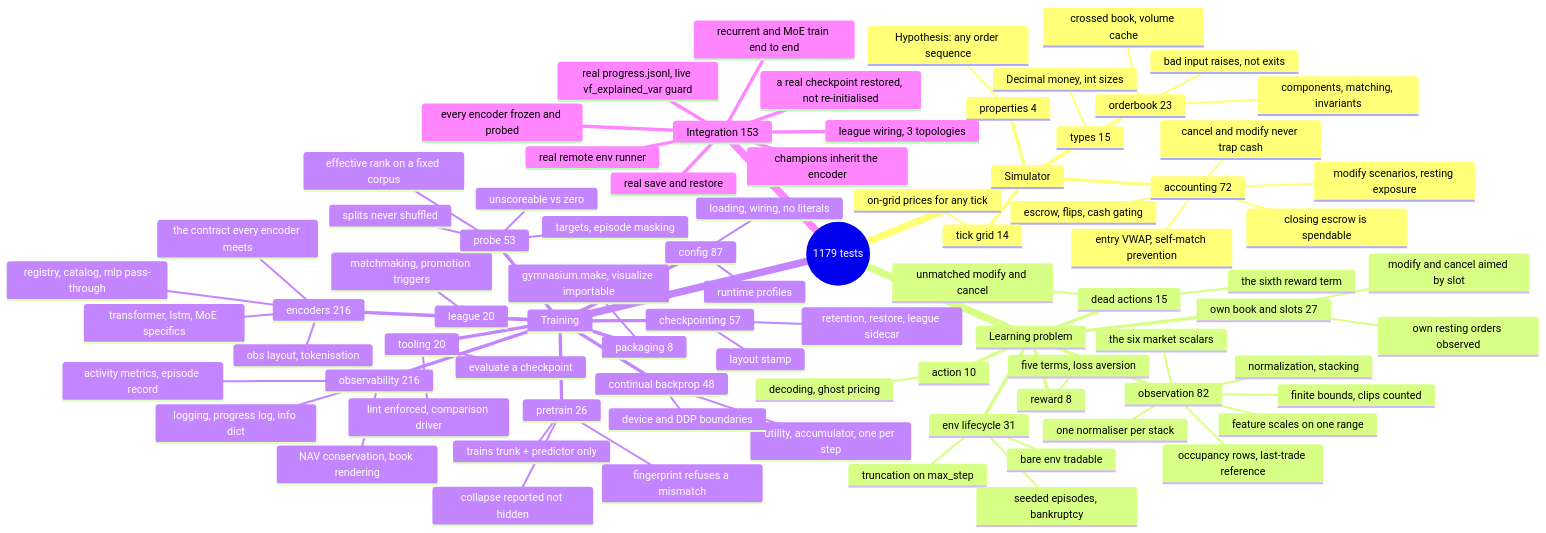
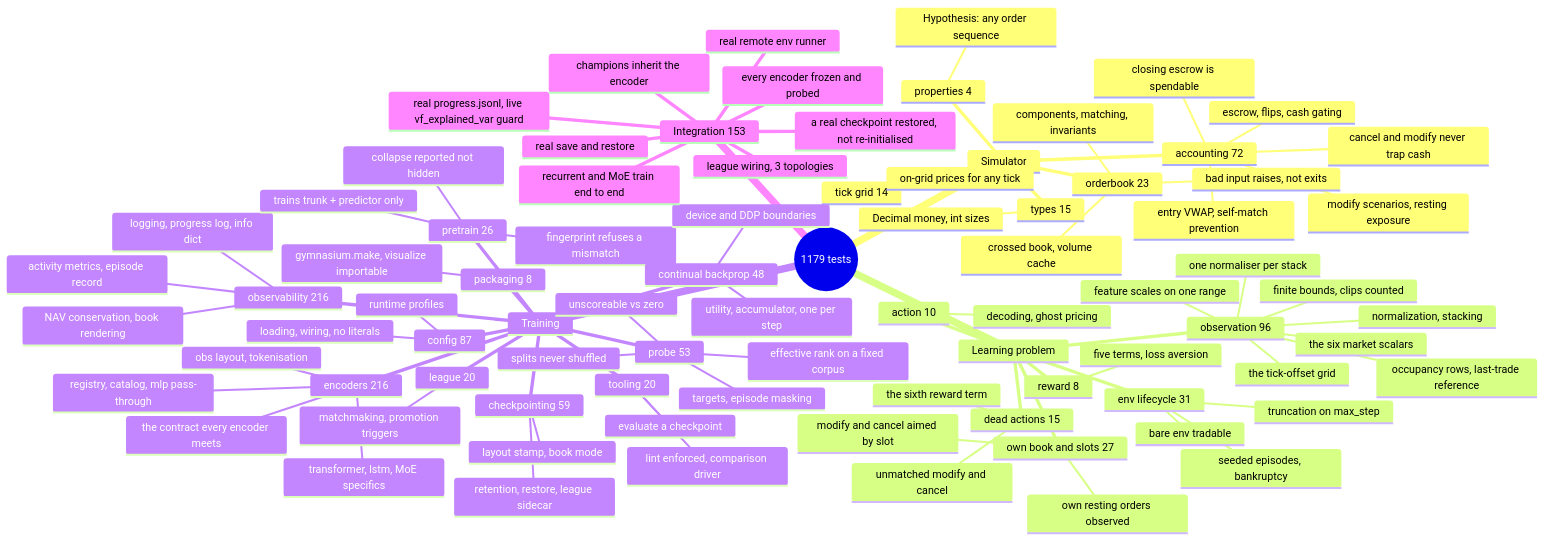
Before and after one commit to ChuaCheowHuan/gym-continuousDoubleAuction: the diagram in doc/10_testing.md, drawn with Mermaid. The commit also changed other lines of this file and 40 other files, not shown here.

```diff
--- a/doc/10_testing.md
+++ b/doc/10_testing.md
@@ -151,13 +152,14 @@
       tick grid 14
         on-grid prices for any tick
     Learning problem
-      observation 82
+      observation 96
         normalization, stacking
         one normaliser per stack
         the six market scalars
         feature scales on one range
         finite bounds, clips counted
         occupancy rows, last-trade reference
+        the tick-offset grid
       action 10
         decoding, ghost pricing
       reward 8
@@ -176,8 +178,8 @@
       config 87
         loading, wiring, no literals
         runtime profiles
-      checkpointing 57
-        layout stamp
+      checkpointing 59
+        layout stamp, book mode
         retention, restore, league sidecar
       league 20
         matchmaking, promotion triggers
```
